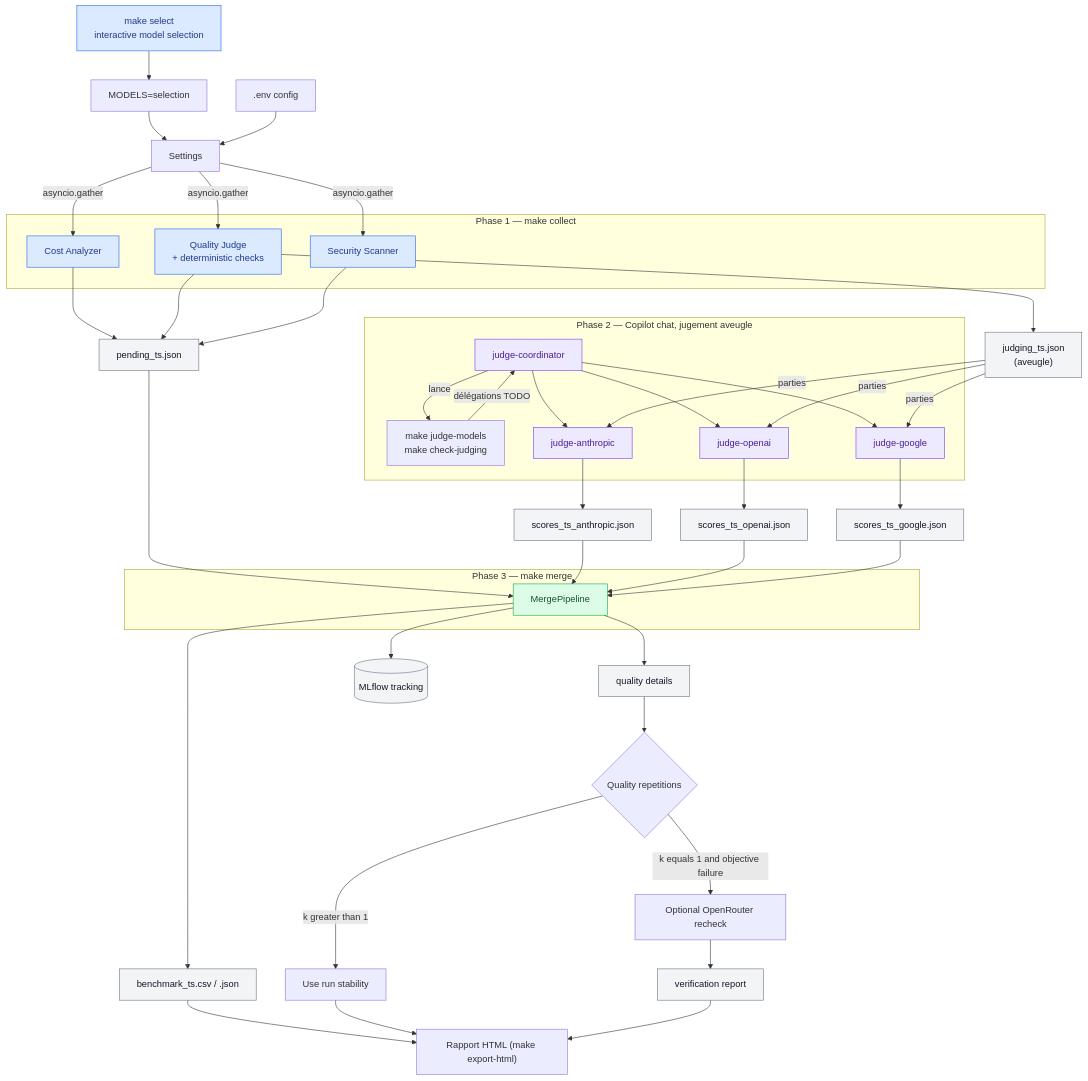
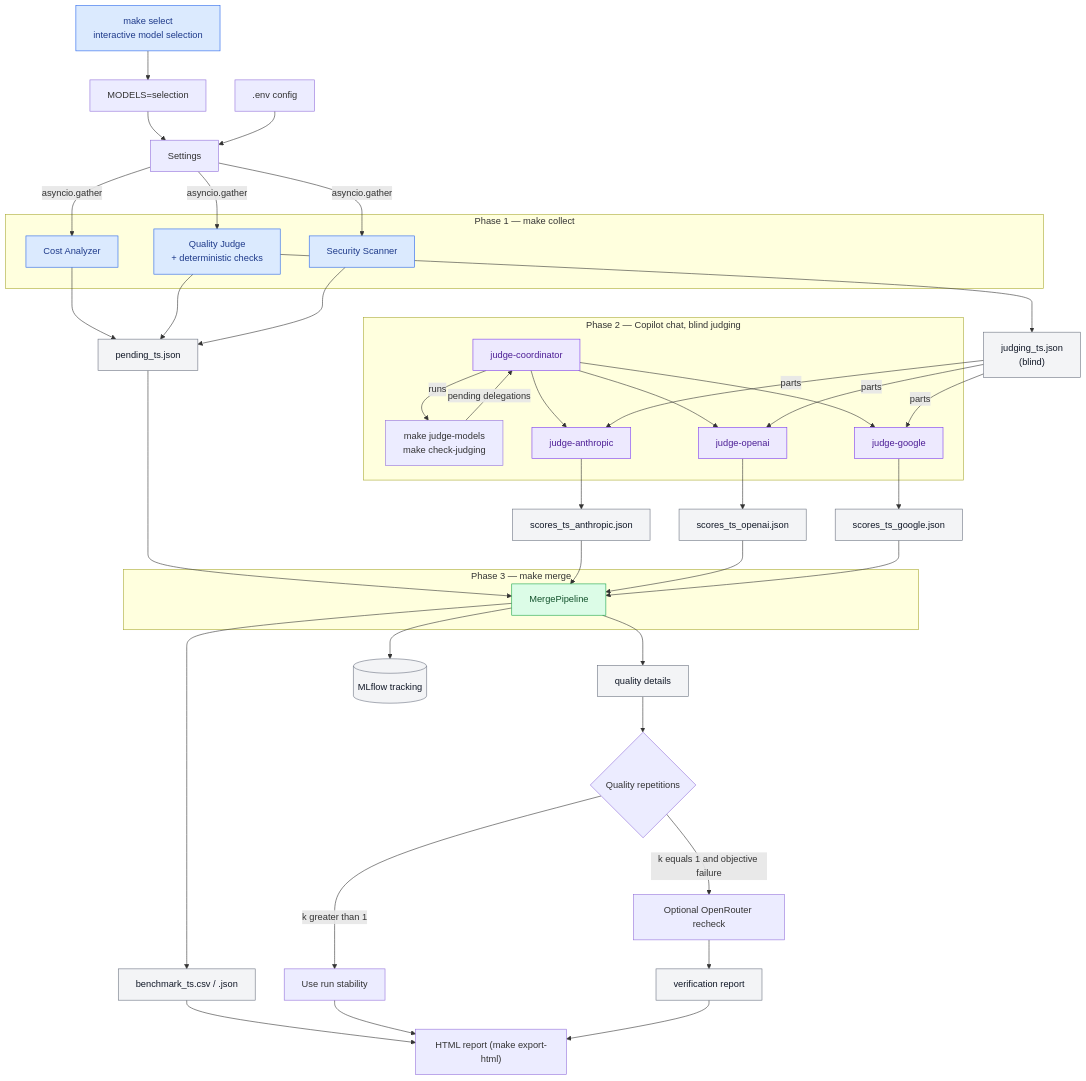
The diagram in docs/workflow.md (Palo-IT-GitHub-Demos/model-compass), drawn with Mermaid before and after one commit. The commit also changed other lines of this file and 17 other files, not shown here.

````diff
--- a/docs/workflow.md
+++ b/docs/workflow.md
@@ -29,72 +29,72 @@
 ```mermaid
 flowchart TD
     selector["make select\ninteractive model selection"] --> selected["MODELS=selection"]
     selected --> settings["Settings"]
     env[".env config"] --> settings["Settings"]
 
     subgraph phase1["Phase 1 — make collect"]
         cost["Cost Analyzer"]
         quality["Quality Judge<br/>+ deterministic checks"]
         security["Security Scanner"]
     end
 
     settings -->|"asyncio.gather"| cost
     settings -->|"asyncio.gather"| quality
     settings -->|"asyncio.gather"| security
 
     cost --> pending["pending_ts.json"]
     quality --> pending
-    quality --> judging["judging_ts.json<br/>(aveugle)"]
+    quality --> judging["judging_ts.json<br/>(blind)"]
     security --> pending
 
-    subgraph phase2["Phase 2 — Copilot chat, jugement aveugle"]
+    subgraph phase2["Phase 2 — Copilot chat, blind judging"]
         coordinator["judge-coordinator"]
         check["make judge-models<br/>make check-judging"]
         anthropic["judge-anthropic"]
         openai["judge-openai"]
         google["judge-google"]
-        coordinator -->|"lance"| check
-        check -->|"délégations TODO"| coordinator
+        coordinator -->|"runs"| check
+        check -->|"pending delegations"| coordinator
         coordinator --> anthropic
         coordinator --> openai
         coordinator --> google
     end
 
-    judging -->|"parties"| anthropic
-    judging -->|"parties"| openai
-    judging -->|"parties"| google
+    judging -->|"parts"| anthropic
+    judging -->|"parts"| openai
+    judging -->|"parts"| google
     anthropic --> scoresA["scores_ts_anthropic.json"]
     openai --> scoresO["scores_ts_openai.json"]
     google --> scoresG["scores_ts_google.json"]
 
     subgraph phase3["Phase 3 — make merge"]
         merge["MergePipeline"]
     end
 
     pending --> merge
     scoresA --> merge
     scoresO --> merge
     scoresG --> merge
 
     merge --> results["benchmark_ts.csv / .json"]
     merge --> details["quality details"]
     merge --> mlflowdb[("MLflow tracking")]
-    results --> dashboard["Rapport HTML (make export-html)"]
+    results --> dashboard["HTML report (make export-html)"]
     details --> repetitions{"Quality repetitions"}
     repetitions -->|"k greater than 1"| stability["Use run stability"]
     repetitions -->|"k equals 1 and objective failure"| recheck["Optional OpenRouter recheck"]
     recheck --> verification["verification report"]
     stability --> dashboard
     verification --> dashboard
 
     classDef phase1Style fill:#dbeafe,stroke:#2563eb,color:#1e3a8a
     classDef phase2Style fill:#ede9fe,stroke:#7c3aed,color:#4c1d95
     classDef phase3Style fill:#dcfce7,stroke:#16a34a,color:#14532d
     classDef dataStyle fill:#f3f4f6,stroke:#6b7280,color:#111827
 
     class selector phase1Style
     class cost,quality,security phase1Style
     class coordinator,anthropic,openai,google phase2Style
     class merge phase3Style
     class pending,judging,scoresA,scoresO,scoresG,results,details,verification,mlflowdb dataStyle
 ```
````
